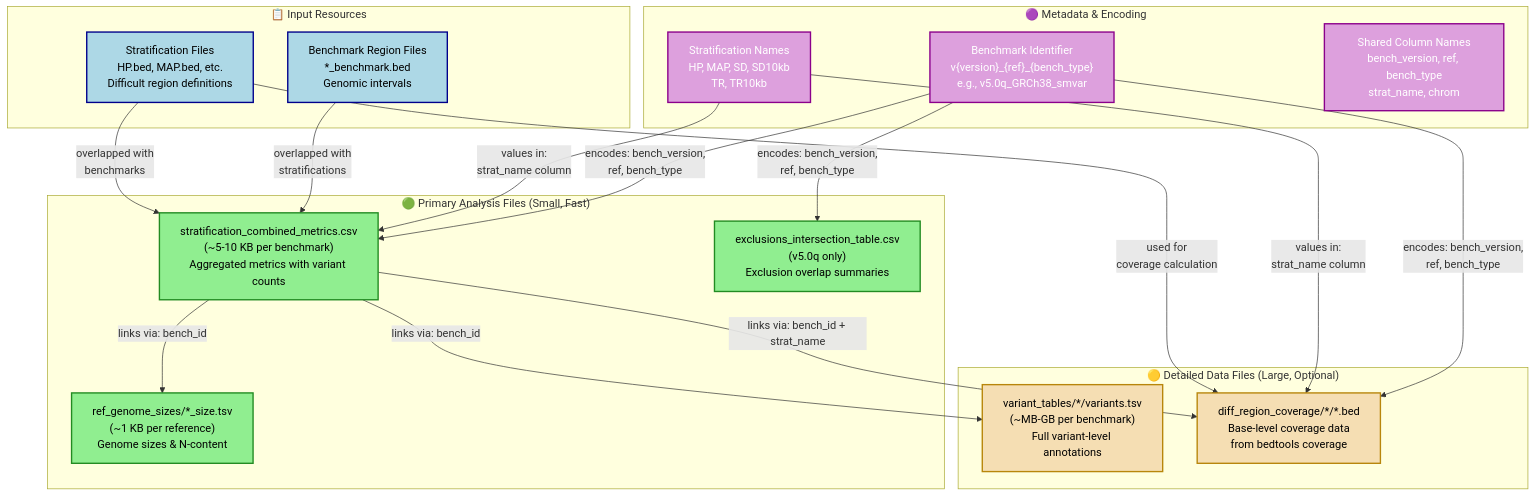
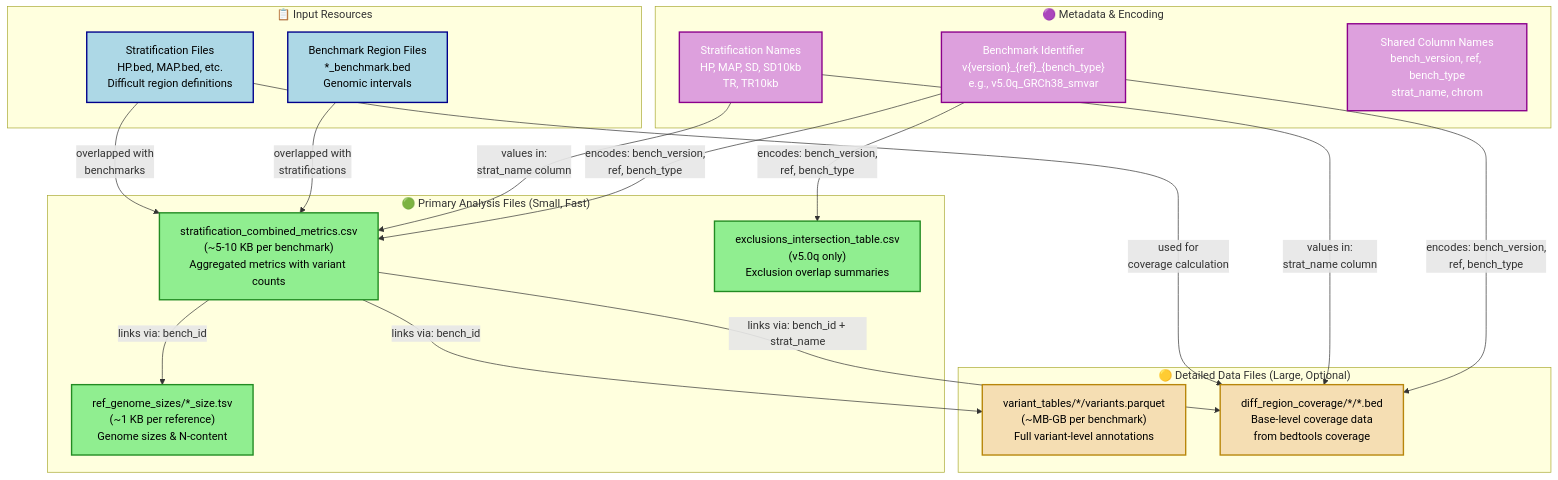
One commit to nate-d-olson/q100-variant-benchmark-paper changed the diagram in docs/diagrams/output-relationships.mmd. Above: the diagram before and after it, drawn with Mermaid. The commit also changed 4 other files, not shown here.

First line of the commit message:
docs: update variants.tsv to variants.parquet in documentation

```diff
--- a/docs/diagrams/output-relationships.mmd
+++ b/docs/diagrams/output-relationships.mmd
@@ -1,52 +1,52 @@
 graph TD
     subgraph PrimaryFiles["🟢 Primary Analysis Files (Small, Fast)"]
         STRAT["stratification_combined_metrics.csv<br/>(~5-10 KB per benchmark)<br/>Aggregated metrics with variant counts"]
         EXCL["exclusions_intersection_table.csv<br/>(v5.0q only)<br/>Exclusion overlap summaries"]
         REFSIZE["ref_genome_sizes/*_size.tsv<br/>(~1 KB per reference)<br/>Genome sizes & N-content"]
     end
 
     subgraph DetailedFiles["🟡 Detailed Data Files (Large, Optional)"]
-        VARIANTS["variant_tables/*/variants.tsv<br/>(~MB-GB per benchmark)<br/>Full variant-level annotations"]
+        VARIANTS["variant_tables/*/variants.parquet<br/>(~MB-GB per benchmark)<br/>Full variant-level annotations"]
         COVERAGE["diff_region_coverage/*/*.bed<br/>Base-level coverage data<br/>from bedtools coverage"]
     end
 
     subgraph Metadata["🟣 Metadata & Encoding"]
         BENCHID["Benchmark Identifier<br/>v{version}_{ref}_{bench_type}<br/>e.g., v5.0q_GRCh38_smvar"]
         STRATS["Stratification Names<br/>HP, MAP, SD, SD10kb<br/>TR, TR10kb"]
         COLS["Shared Column Names<br/>bench_version, ref, bench_type<br/>strat_name, chrom"]
     end
 
     subgraph InputResources["📋 Input Resources"]
         BENCHBED["Benchmark Region Files<br/>*_benchmark.bed<br/>Genomic intervals"]
         STRATBED["Stratification Files<br/>HP.bed, MAP.bed, etc.<br/>Difficult region definitions"]
     end
 
     %% Primary file relationships
     STRAT -->|links via: bench_id + strat_name| COVERAGE
     STRAT -->|links via: bench_id| REFSIZE
     STRAT -->|links via: bench_id| VARIANTS
 
     %% Metadata relationships
     BENCHID -->|encodes: bench_version,<br/>ref, bench_type| STRAT
     BENCHID -->|encodes: bench_version,<br/>ref, bench_type| COVERAGE
     BENCHID -->|encodes: bench_version,<br/>ref, bench_type| EXCL
 
     STRATS -->|values in:<br/>strat_name column| STRAT
     STRATS -->|values in:<br/>strat_name column| COVERAGE
 
     %% Input relationships
     BENCHBED -->|overlapped with<br/>stratifications| STRAT
     STRATBED -->|overlapped with<br/>benchmarks| STRAT
     STRATBED -->|used for<br/>coverage calculation| COVERAGE
 
     %% Styling
     classDef primary fill:#90EE90,stroke:#228B22,stroke-width:2px,color:#000
     classDef detailed fill:#F5DEB3,stroke:#B8860B,stroke-width:2px,color:#000
     classDef metadata fill:#DDA0DD,stroke:#8B008B,stroke-width:2px,color:#fff
     classDef input fill:#ADD8E6,stroke:#00008B,stroke-width:2px,color:#000
     classDef note fill:#FFFACD,stroke:#DAA520,stroke-width:1px,color:#000
 
     class STRAT,EXCL,REFSIZE primary
     class VARIANTS,COVERAGE detailed
     class BENCHID,STRATS,COLS metadata
     class BENCHBED,STRATBED input
```
